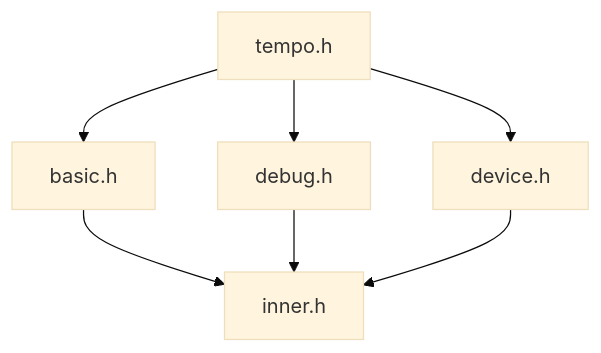
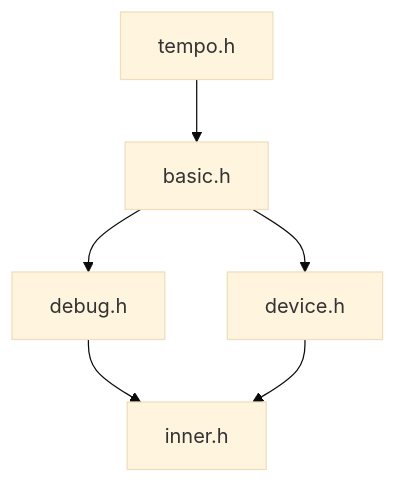
Before and after one commit to ShilianShen/Jasmin: the diagram in src/inner/README.md, drawn with Mermaid (base theme). The commit also changed 4 other files, not shown here.

````diff
--- a/src/inner/README.md
+++ b/src/inner/README.md
@@ -2,6 +2,6 @@
 ```mermaid
-flowchart
-    tempo.h --> basic.h --> inner.h
-    tempo.h --> debug.h --> inner.h
-    tempo.h --> device.h --> inner.h
+flowchart 
+    tempo.h --> basic.h
+    basic.h --> debug.h --> inner.h
+    basic.h --> device.h --> inner.h
 ```
````
